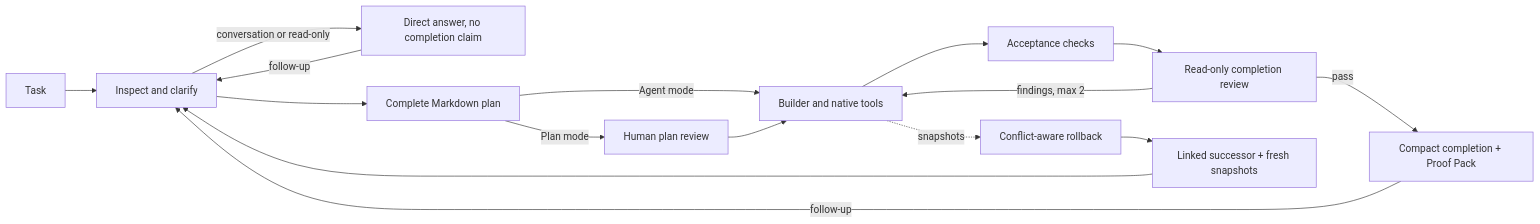
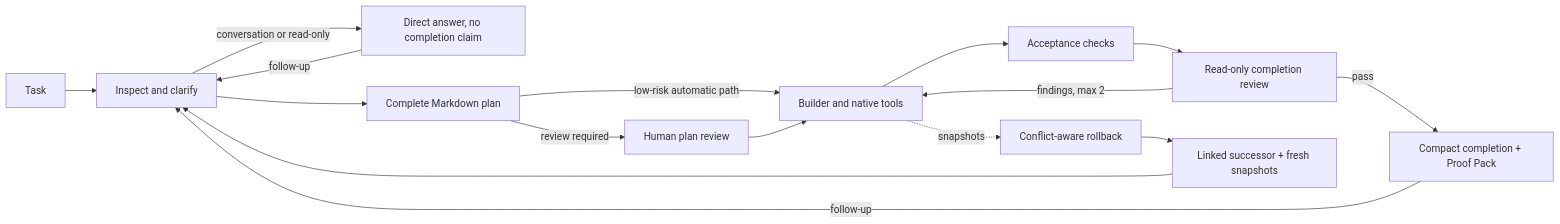
Before and after one commit to iamzwxyy/traceforge: the diagram in README.md, drawn with Mermaid. The commit also changed other lines of this file and 15 other files, not shown here.

````diff
--- a/README.md
+++ b/README.md
@@ -279,18 +280,18 @@
 ```mermaid
 flowchart LR
     A[Task] --> B[Inspect and clarify]
     B -->|conversation or read-only| J[Direct answer, no completion claim]
     B --> C[Complete Markdown plan]
-    C -->|Agent mode| D[Builder and native tools]
-    C -->|Plan mode| H[Human plan review]
+    C -->|low-risk automatic path| D[Builder and native tools]
+    C -->|review required| H[Human plan review]
     H --> D
     D --> E[Acceptance checks]
     E --> F[Read-only completion review]
     F -->|pass| G[Compact completion + Proof Pack]
     F -->|findings, max 2| D
     G -->|follow-up| B
     J -->|follow-up| B
     D -. snapshots .-> I[Conflict-aware rollback]
     I --> K[Linked successor + fresh snapshots]
     K --> B
 ```
````
